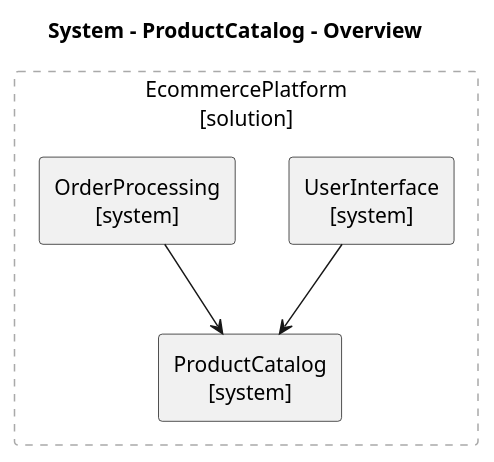
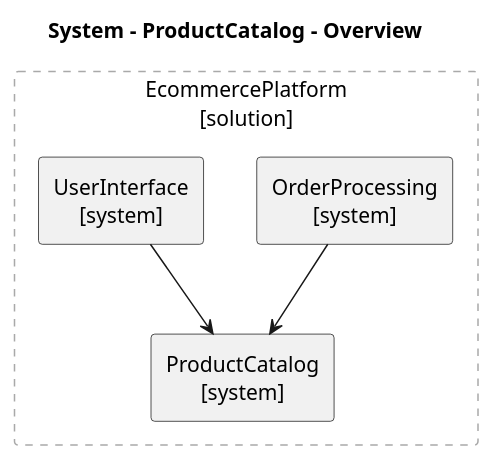
Before and after one commit to tmorin/archicode: the diagram in src/doc/examples/design_example_step_2/views/plantuml/application/EcommercePlatform.ProductCatalog_overview.puml, drawn with PlantUML. The commit also changed other lines of this file and 37 other files, not shown here.

```diff
--- a/src/doc/examples/design_example_step_2/views/plantuml/application/EcommercePlatform.ProductCatalog_overview.puml
+++ b/src/doc/examples/design_example_step_2/views/plantuml/application/EcommercePlatform.ProductCatalog_overview.puml
@@ -1,32 +1,32 @@
 @startuml EcommercePlatform.ProductCatalog_overview
 title System - ProductCatalog - Overview
 skinparam defaultTextAlignment center
 skinparam defaultTextAlignment<<atomic>> center
 skinparam wrapWidth 200
 skinparam maxMessageSize 150
 hide stereotype
 <style>
 .composite {
 BackgroundColor: transparent
 LineColor: darkgray
 LineStyle: 5
 FontStyle: normal
 }
 </style>
 rectangle EcommercePlatform as "EcommercePlatform\n[solution]" <<composite>> {
-rectangle EcommercePlatform.UserInterface <<system>> <<atomic>> [
-UserInterface
-[system]
-]
 rectangle EcommercePlatform.OrderProcessing <<system>> <<atomic>> [
 OrderProcessing
 [system]
 ]
 rectangle EcommercePlatform.ProductCatalog <<system>> <<atomic>> [
 ProductCatalog
 [system]
 ]
+rectangle EcommercePlatform.UserInterface <<system>> <<atomic>> [
+UserInterface
+[system]
+]
 }
 EcommercePlatform.OrderProcessing --> EcommercePlatform.ProductCatalog
 EcommercePlatform.UserInterface --> EcommercePlatform.ProductCatalog
 @enduml
```
